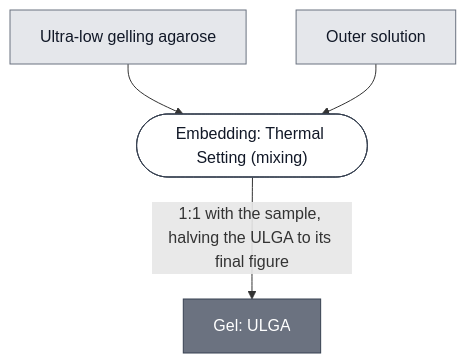
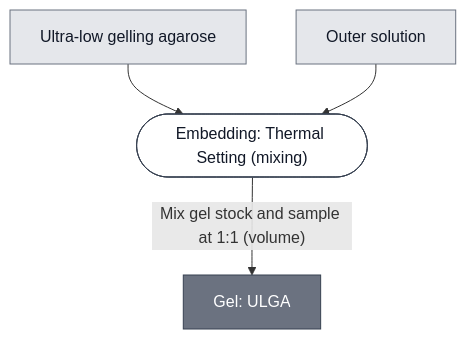
Before and after one commit to nucleus-eng/nucleus-docs: the diagram in docs/modules/gel-ulga/spec.md, drawn with Mermaid. The commit also changed other lines of this file and 4 other files, not shown here.

````diff
--- a/docs/modules/gel-ulga/spec.md
+++ b/docs/modules/gel-ulga/spec.md
@@ -25,23 +25,23 @@
 ```mermaid
 flowchart TD
     ULGA_POWDER["Ultra-low gelling agarose"]
     OUTER_SOLUTION["Outer solution"]
 
     P1_SET_THERMAL_0(["Embedding: Thermal Setting (mixing)"])
     GEL_ULGA["Gel: ULGA"]
 
     ULGA_POWDER --> P1_SET_THERMAL_0
     OUTER_SOLUTION --> P1_SET_THERMAL_0
-    P1_SET_THERMAL_0 -->|"1:1 with the sample, halving the ULGA to its final figure"| GEL_ULGA
+    P1_SET_THERMAL_0 -->|"Mix gel stock and sample at 1:1 (volume)"| GEL_ULGA
 
 
     classDef leaf     fill:#e5e7eb,stroke:#6b7280,color:#111827;
     classDef composed fill:#6b7280,stroke:#374151,color:#ffffff;
     classDef process  fill:#ffffff,stroke:#374151,color:#111827;
     class ULGA_POWDER,OUTER_SOLUTION leaf;
     class GEL_ULGA composed;
     class P1_SET_THERMAL_0 process;
 
     click P1_SET_THERMAL_0 "/docs/processes/embed-thermal-setting/main"
     click GEL_ULGA "/docs/modules/gel-ulga/spec"
 ```
````
